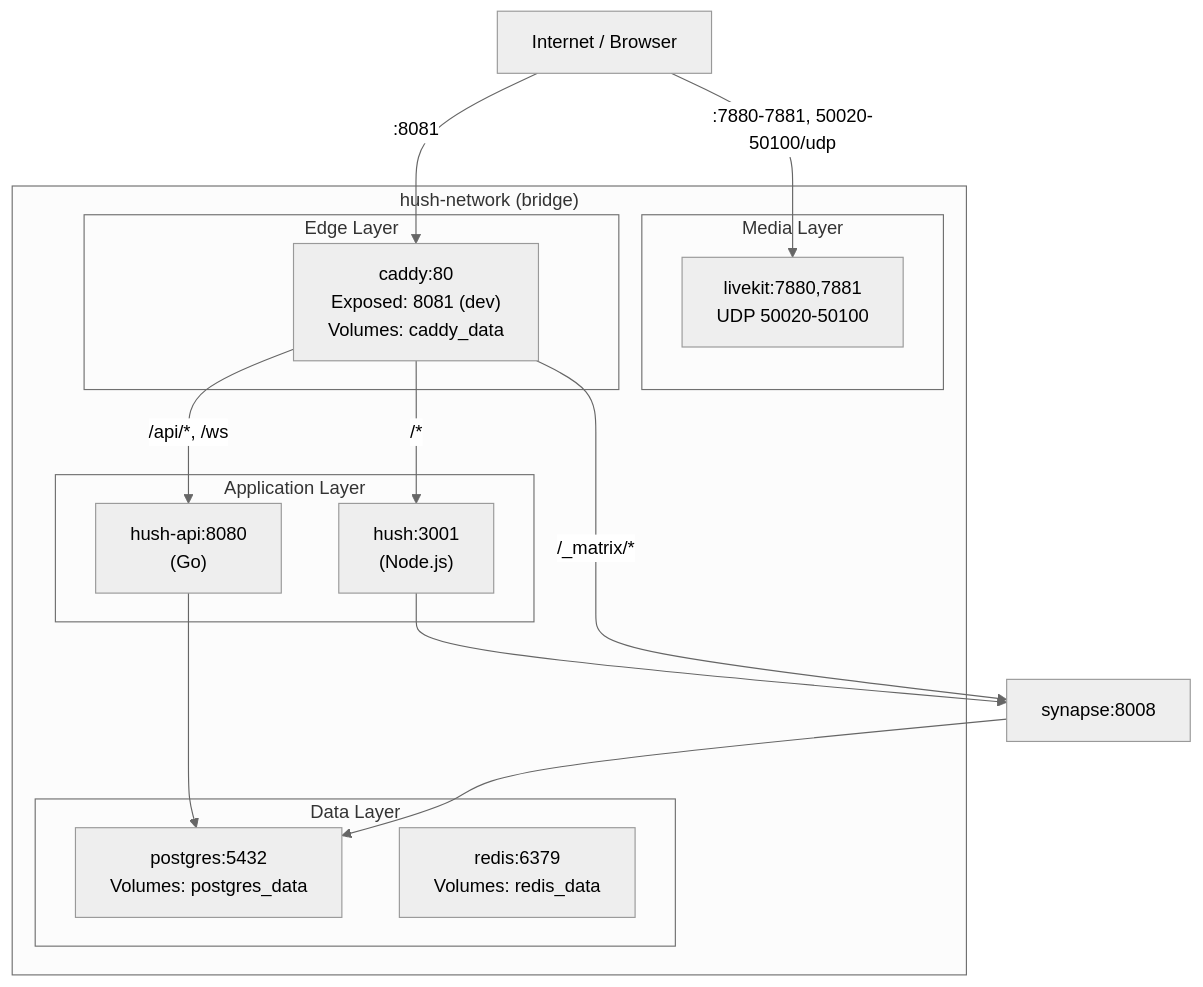
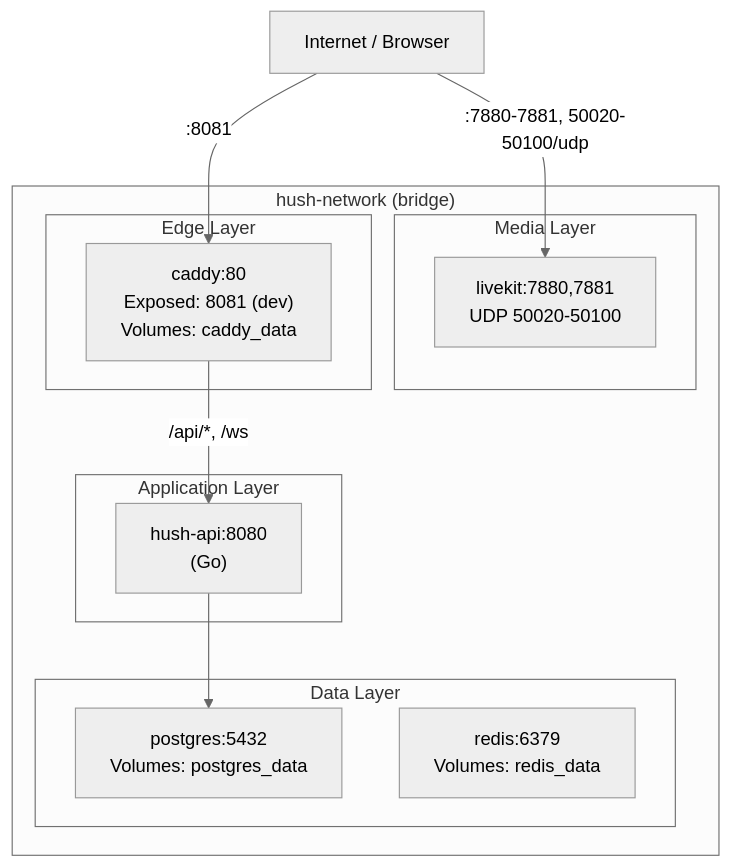
Before and after one commit to YarinCardillo/hush-app: the sixth of 6 diagrams in docs/SETUP.md, drawn with Mermaid (neutral theme). The commit also changed other lines of this file and 55 other files, not shown here.

First line of the commit message:
refactor: remove Matrix/Synapse components and update environment configurations

````diff
--- a/docs/SETUP.md
+++ b/docs/SETUP.md
@@ -463,31 +444,26 @@
 ```mermaid
 graph TB
   subgraph "hush-network (bridge)"
     subgraph "Data Layer"
       PG["postgres:5432<br/>Volumes: postgres_data"]
       Redis["redis:6379<br/>Volumes: redis_data"]
     end
 
     subgraph "Application Layer"
       API["hush-api:8080<br/>(Go)"]
-      Hush["hush:3001<br/>(Node.js)"]
     end
 
     subgraph "Media Layer"
       LK["livekit:7880,7881<br/>UDP 50020-50100"]
     end
 
     subgraph "Edge Layer"
       Caddy["caddy:80<br/>Exposed: 8081 (dev)<br/>Volumes: caddy_data"]
     end
   end
 
   Internet["Internet / Browser"] -->|":8081"| Caddy
   Internet -->|":7880-7881, 50020-50100/udp"| LK
   Caddy -->|"/api/*, /ws"| API
-  Caddy -->|"/*"| Hush
-  Caddy -->|"/_matrix/*"| Synapse["synapse:8008"]
   API --> PG
-  Hush --> Synapse
-  Synapse --> PG
 ```
````
